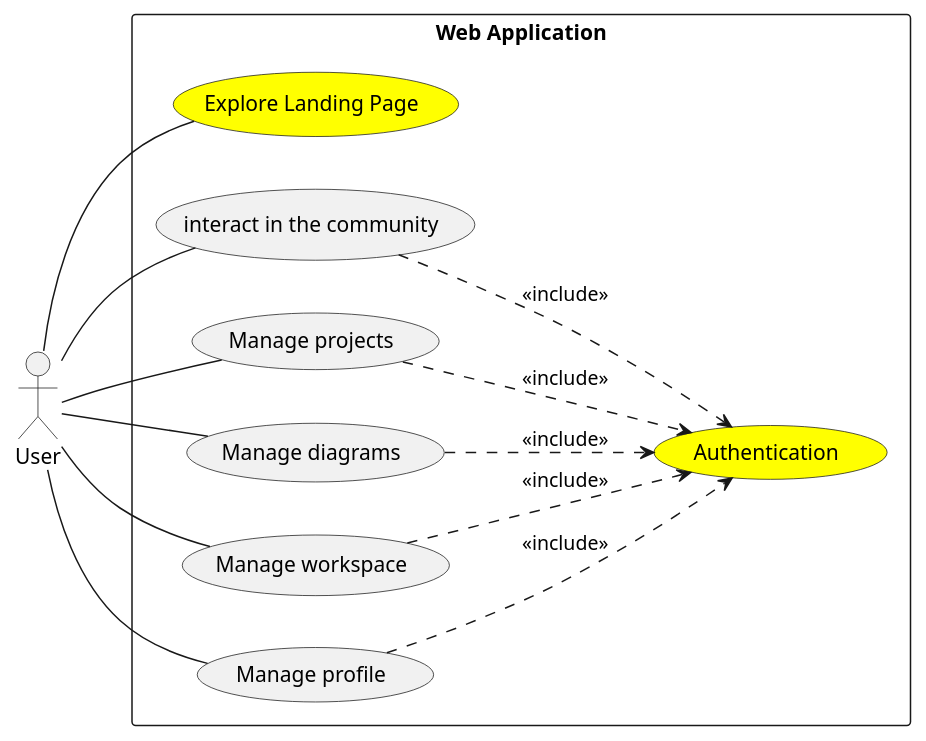
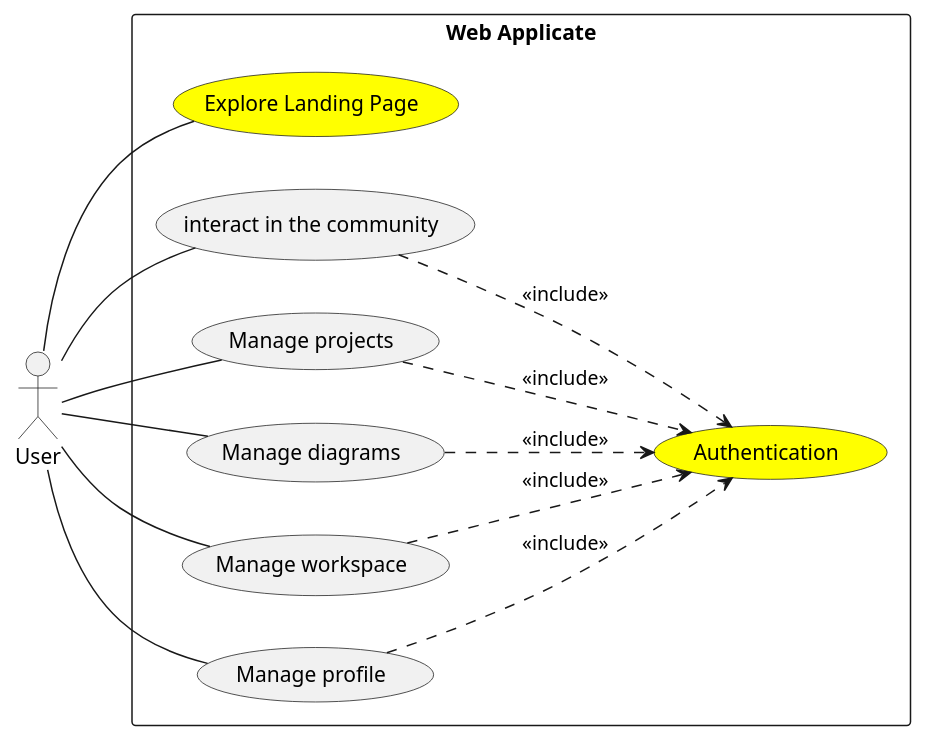
One commit to souhaib-askri/report_pfe changed the diagram in conception/SprintII/use_case_diagrams/use_case_diagram_of_SprintII.puml. Above: the diagram before and after it, drawn with PlantUML. The commit also changed 32 other files, not shown here.

```diff
--- a/conception/SprintII/use_case_diagrams/use_case_diagram_of_SprintII.puml
+++ b/conception/SprintII/use_case_diagrams/use_case_diagram_of_SprintII.puml
@@ -1,43 +1,43 @@
 @startuml
 
 left to right direction
 
 actor "User" as User
 
 
-rectangle "Web Application" {
+rectangle "Web Applicate" {
     usecase "Explore Landing Page" as ExploreLandingPage #Yellow
     usecase "Authentication" as user_auth #Yellow
 
     usecase "interact in the community" as InteractWithCommunity
     usecase "Manage projects" as ManageProjects
     usecase "Manage diagrams" as ManageDiagrams
     usecase "Manage workspace" as ManageWorkspace
     usecase "Manage profile" as EditProfile
 
     
 
 }
 
 
 User -- ExploreLandingPage
 User -- InteractWithCommunity
 User -- ManageProjects
 User -- ManageDiagrams
 User -- EditProfile
 User -- ManageWorkspace
 
 
 
 InteractWithCommunity ..> user_auth : <<include>>
 ManageProjects ..> user_auth : <<include>>
 ManageDiagrams ..> user_auth : <<include>>
 ManageWorkspace ..> user_auth : <<include>>
 EditProfile ..> user_auth : <<include>>
 
 
 
 
 
 
 @enduml
```
